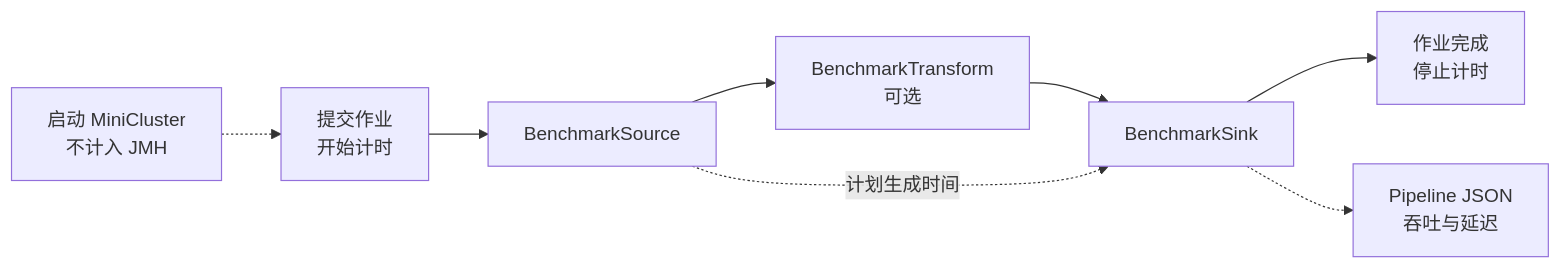
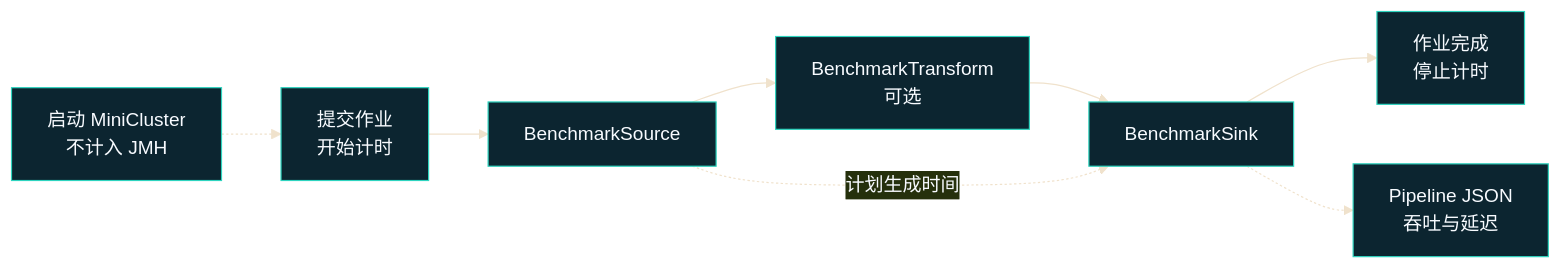
One commit to nzw921rx/seatunnel changed the diagram in docs/zh/engines/zeta/benchmark.md. Above: the diagram before and after it, drawn with Mermaid. The commit also changed other lines of this file and 2 other files, not shown here.

````diff
--- a/docs/zh/engines/zeta/benchmark.md
+++ b/docs/zh/engines/zeta/benchmark.md
@@ -25,10 +25,11 @@
 ```mermaid
+%%{init: {"theme": "base", "themeVariables": {"background": "#0f1d33", "primaryColor": "#0c2530", "primaryBorderColor": "#2dd4bf", "primaryTextColor": "#f8fbff", "actorBkg": "#0c2530", "actorBorder": "#2dd4bf", "actorTextColor": "#f8fbff", "activationBkgColor": "#1f1a34", "activationBorderColor": "#8d7cf6", "noteBkgColor": "#1f1a34", "noteBorderColor": "#8d7cf6", "noteTextColor": "#f8fbff", "signalColor": "#5db8e2", "signalTextColor": "#f8fbff", "labelBoxBkgColor": "#0f1d33", "labelBoxBorderColor": "#5db8e2", "labelTextColor": "#f8fbff", "loopTextColor": "#f8fbff"}}}%%
 flowchart LR
     Setup["启动 MiniCluster<br/>不计入 JMH"] -.-> Submit["提交作业<br/>开始计时"]
     Submit --> Source["BenchmarkSource"]
     Source --> Transform["BenchmarkTransform<br/>可选"]
     Transform --> Sink["BenchmarkSink"]
     Sink --> Finish["作业完成<br/>停止计时"]
     Source -. "计划生成时间" .-> Sink
     Sink -.-> Result["Pipeline JSON<br/>吞吐与延迟"]
 ```
````
